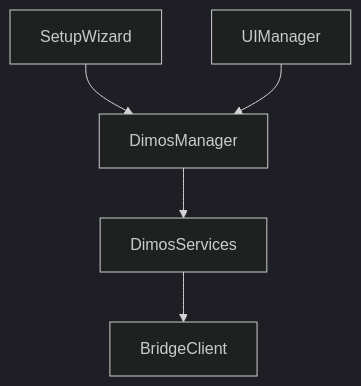
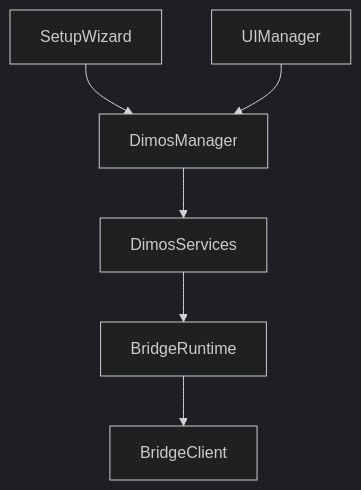
Before and after one commit to V4C38/spectacles-dimensional-os: the second of 3 diagrams in README.md, drawn with Mermaid (dark theme). The commit also changed other lines of this file and 59 other files, not shown here.

````diff
--- a/README.md
+++ b/README.md
@@ -100,7 +100,8 @@
 ```mermaid
 flowchart TB
   Setup[SetupWizard] --> Manager[DimosManager]
   UI[UIManager] --> Manager
   Manager --> Services[DimosServices]
-  Services --> Bridge[BridgeClient]
+  Services --> BridgeRuntime[BridgeRuntime]
+  BridgeRuntime --> BridgeClient[BridgeClient]
 ```
````
